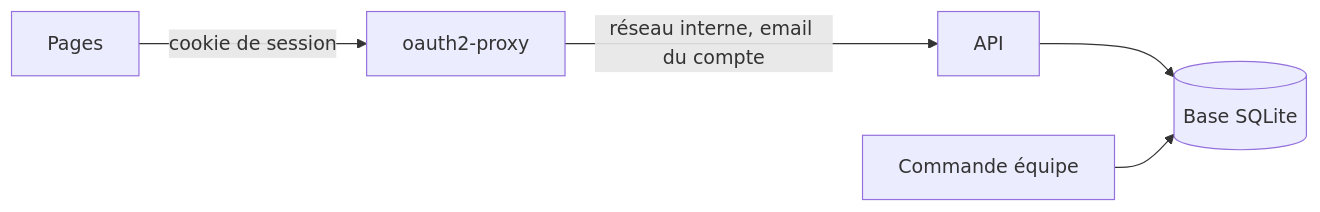
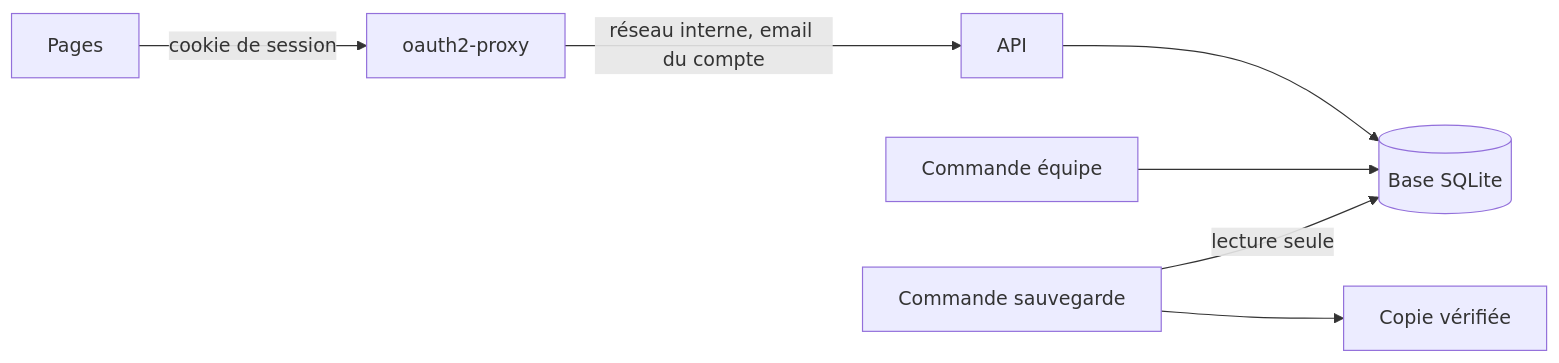
One commit to design-cpu/yeita-recrutement changed the first of 3 diagrams in hlyja/technique/api.humain.md. Above: the diagram before and after it, drawn with Mermaid. The commit also changed other lines of this file and 12 other files, not shown here.

````diff
--- a/hlyja/technique/api.humain.md
+++ b/hlyja/technique/api.humain.md
@@ -18,7 +18,9 @@
 ```mermaid
 flowchart LR
   N[Pages] -->|cookie de session| P[oauth2-proxy]
   P -->|réseau interne, email du compte| A[API]
   A --> D[(Base SQLite)]
   C[Commande équipe] --> D
+  S[Commande sauvegarde] -->|lecture seule| D
+  S --> K[Copie vérifiée]
 ```
````
